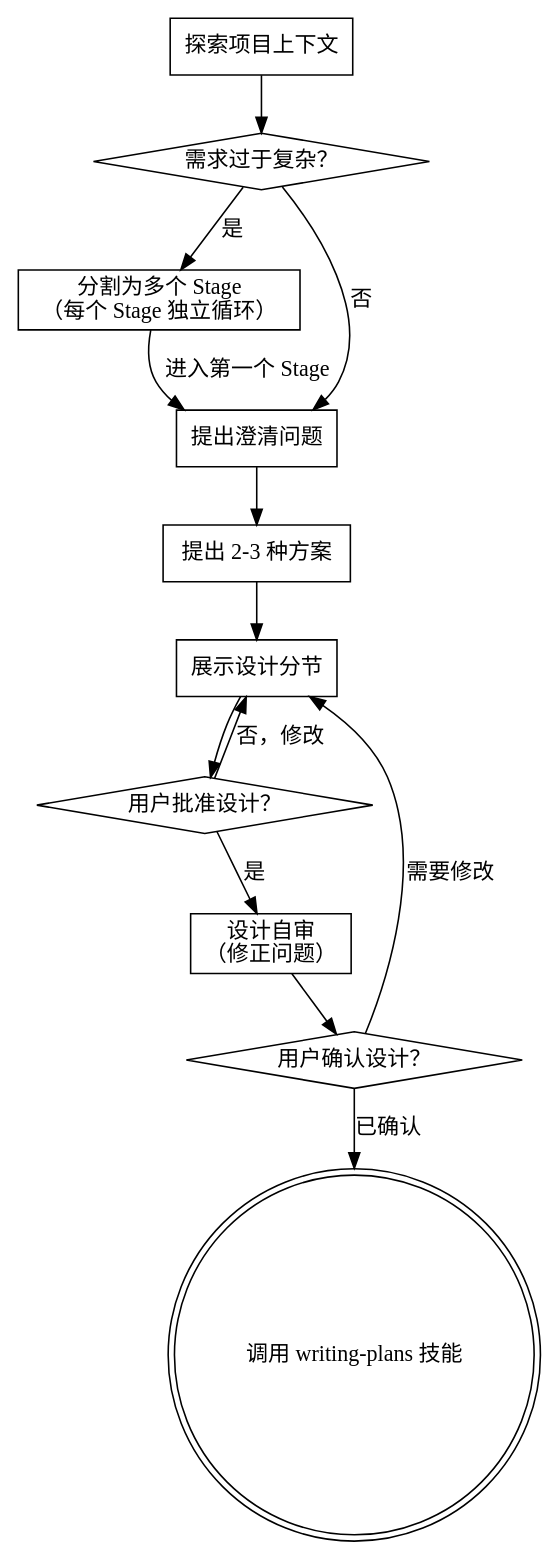
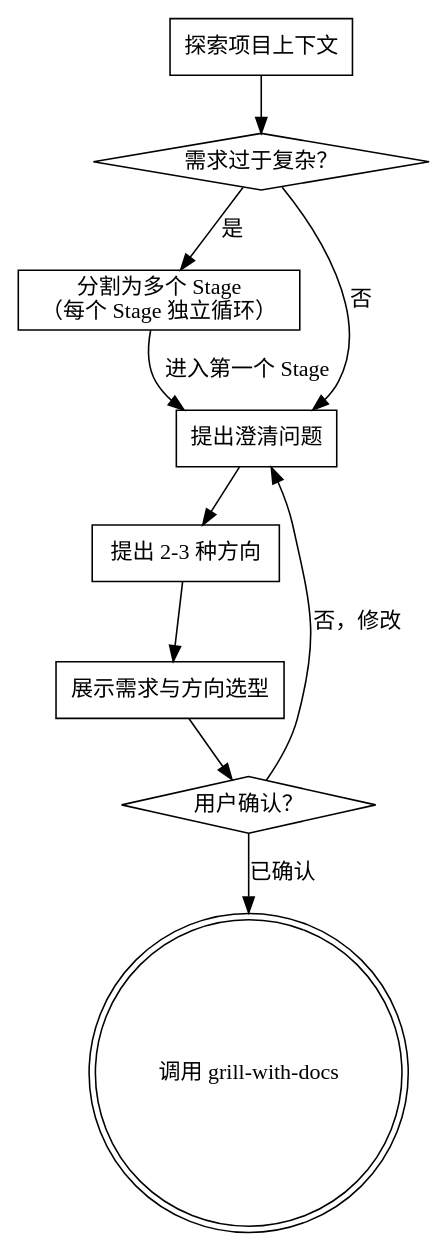
The diagram in workflow/brainstorming/SKILL.md (DawnMoon1542/agents-skills), drawn with Graphviz before and after one commit. The commit also changed other lines of this file and 11 other files, not shown here.

````diff
--- a/workflow/brainstorming/SKILL.md
+++ b/workflow/brainstorming/SKILL.md
@@ -35,27 +41,22 @@
 ```dot
 digraph brainstorming {
     "探索项目上下文" [shape=box];
     "需求过于复杂？" [shape=diamond];
     "分割为多个 Stage\n（每个 Stage 独立循环）" [shape=box];
     "提出澄清问题" [shape=box];
-    "提出 2-3 种方案" [shape=box];
-    "展示设计分节" [shape=box];
-    "用户批准设计？" [shape=diamond];
-    "设计自审\n（修正问题）" [shape=box];
-    "用户确认设计？" [shape=diamond];
-    "调用 writing-plans 技能" [shape=doublecircle];
+    "提出 2-3 种方向" [shape=box];
+    "展示需求与方向选型" [shape=box];
+    "用户确认？" [shape=diamond];
+    "调用 grill-with-docs" [shape=doublecircle];
 
     "探索项目上下文" -> "需求过于复杂？";
     "需求过于复杂？" -> "分割为多个 Stage\n（每个 Stage 独立循环）" [label="是"];
     "需求过于复杂？" -> "提出澄清问题" [label="否"];
     "分割为多个 Stage\n（每个 Stage 独立循环）" -> "提出澄清问题" [label="进入第一个 Stage"];
-    "提出澄清问题" -> "提出 2-3 种方案";
-    "提出 2-3 种方案" -> "展示设计分节";
-    "展示设计分节" -> "用户批准设计？";
-    "用户批准设计？" -> "展示设计分节" [label="否，修改"];
-    "用户批准设计？" -> "设计自审\n（修正问题）" [label="是"];
-    "设计自审\n（修正问题）" -> "用户确认设计？";
-    "用户确认设计？" -> "展示设计分节" [label="需要修改"];
-    "用户确认设计？" -> "调用 writing-plans 技能" [label="已确认"];
+    "提出澄清问题" -> "提出 2-3 种方向";
+    "提出 2-3 种方向" -> "展示需求与方向选型";
+    "展示需求与方向选型" -> "用户确认？";
+    "用户确认？" -> "提出澄清问题" [label="否，修改"];
+    "用户确认？" -> "调用 grill-with-docs" [label="已确认"];
 }
 ```
````
